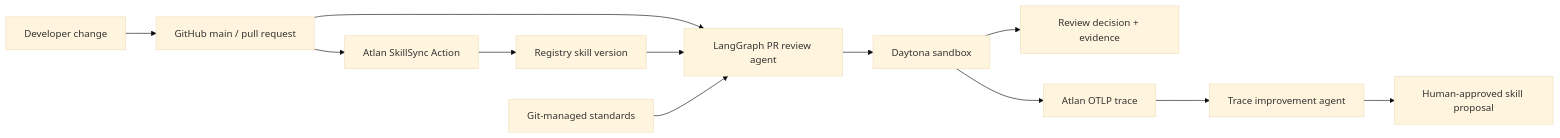
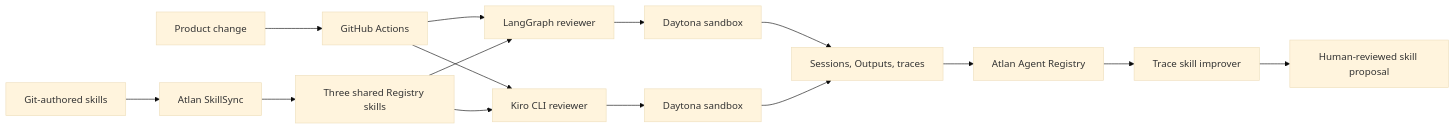
Before and after one commit to atlanai/agent-registry-examples: the diagram in README.md, drawn with Mermaid (base theme). The commit also changed other lines of this file and 30 other files, not shown here.

Commit message:
feat: add agent-authenticated Kiro review lane

````diff
--- a/README.md
+++ b/README.md
@@ -32,14 +37,17 @@
 ```mermaid
 flowchart LR
-    Dev[Developer change] --> GitHub[GitHub main / pull request]
-    GitHub --> Review[LangGraph PR review agent]
-    Skill[Registry skill version] --> Review
-    Standards[Git-managed standards] --> Review
-    Review --> Daytona[Daytona sandbox]
-    Daytona --> Decision[Review decision + evidence]
-    Daytona --> Trace[Atlan OTLP trace]
-    Trace --> Improve[Trace improvement agent]
-    Improve --> Proposal[Human-approved skill proposal]
-    GitHub --> Sync[Atlan SkillSync Action]
-    Sync --> Skill
+    Change[Product change] --> CI[GitHub Actions]
+    CI --> L[LangGraph reviewer]
+    CI --> K[Kiro CLI reviewer]
+    Skills[Three shared Registry skills] --> L
+    Skills --> K
+    L --> DL[Daytona sandbox]
+    K --> DK[Daytona sandbox]
+    DL --> Evidence[Sessions, Outputs, traces]
+    DK --> Evidence
+    Evidence --> Registry[Atlan Agent Registry]
+    Registry --> Improve[Trace skill improver]
+    Improve --> Proposal[Human-reviewed skill proposal]
+    Git[Git-authored skills] --> Sync[Atlan SkillSync]
+    Sync --> Skills
 ```
````
